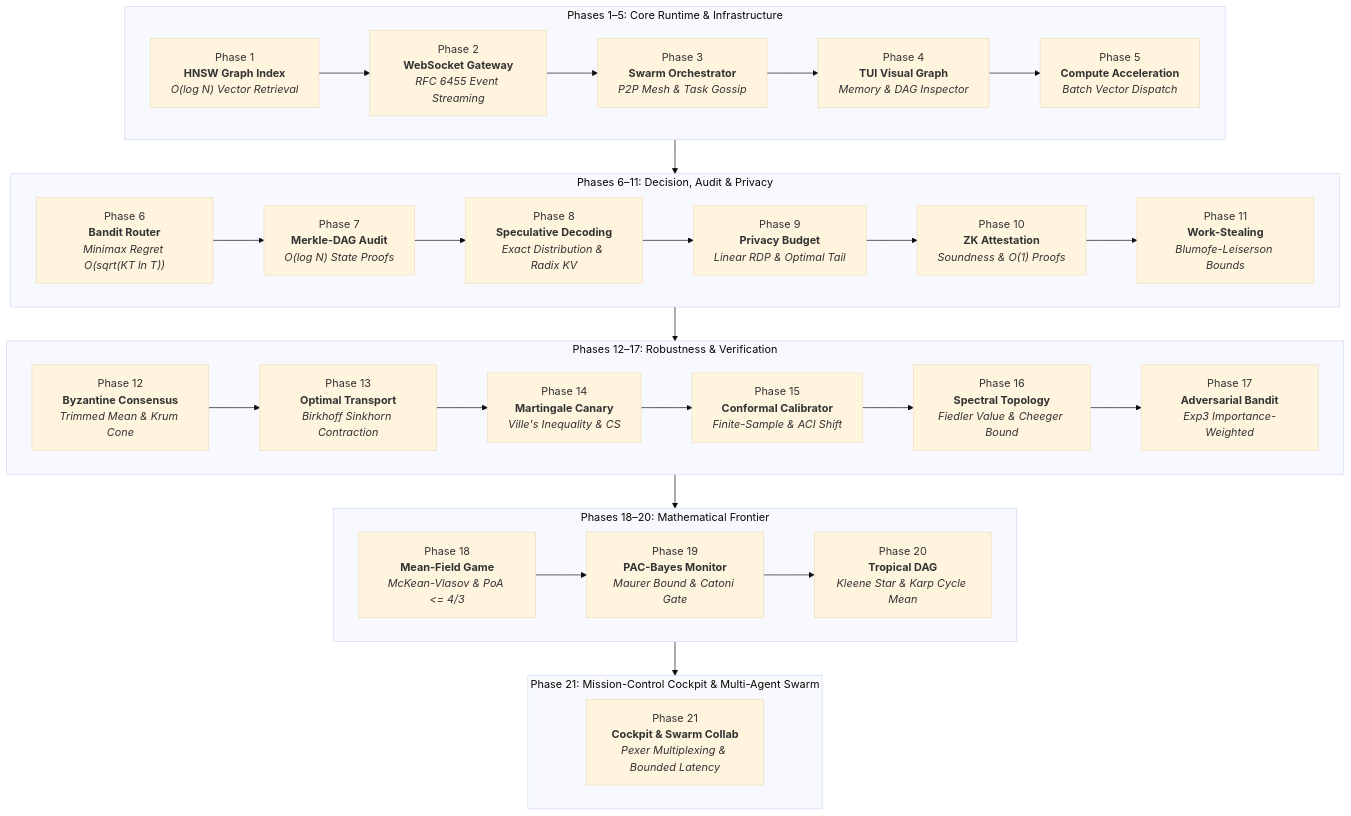
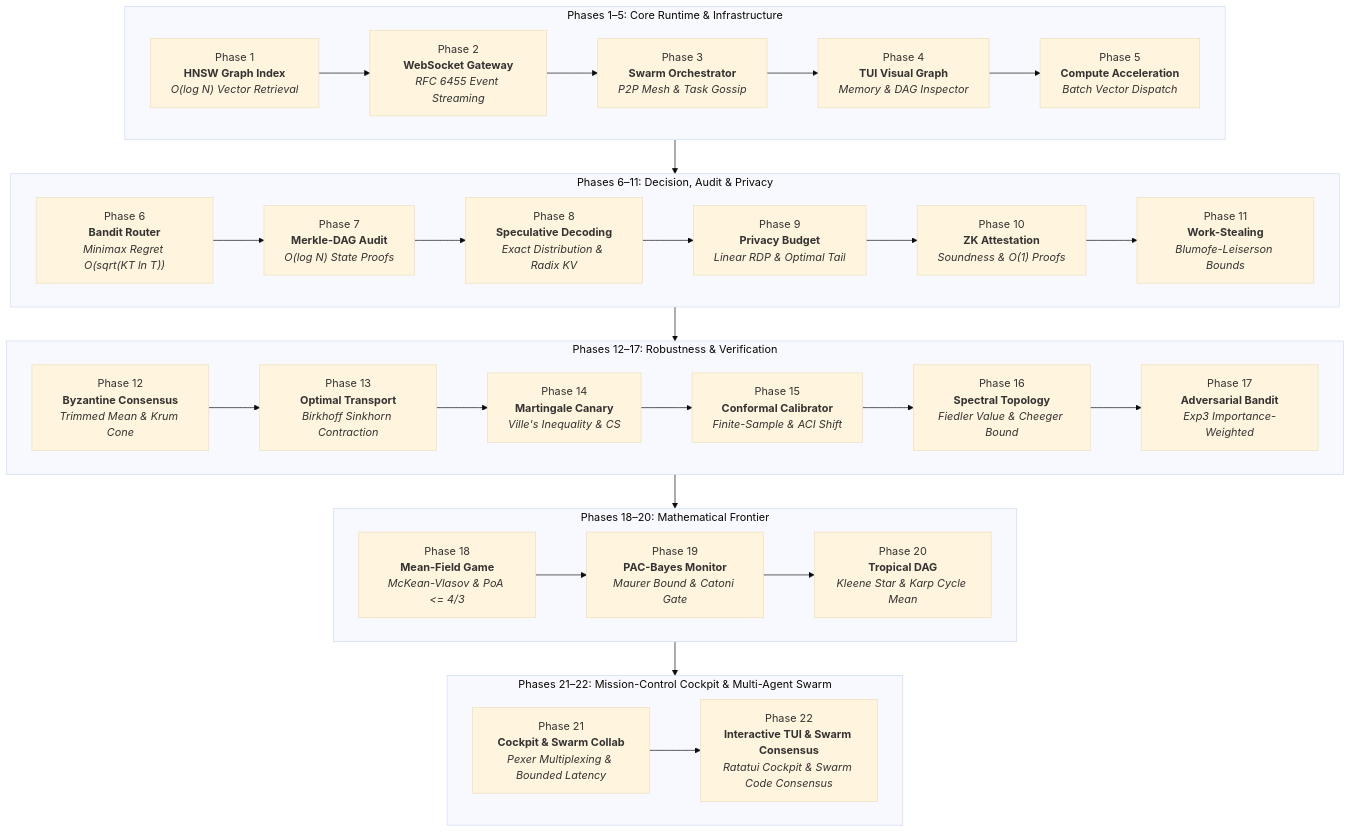
The diagram in docs/math/phased_roadmap_mathematics.md (anisayakmitra-in/AGENT-PANDORA), drawn with Mermaid (base theme) before and after one commit. The commit also changed other lines of this file and 43 other files, not shown here.

Commit message:
release(v3.0.9): Interactive Cockpit TUI, Multi-Agent Byzantine Code Consensus & Pexer IPC Automation

````diff
--- a/docs/math/phased_roadmap_mathematics.md
+++ b/docs/math/phased_roadmap_mathematics.md
@@ -13,44 +13,46 @@
 ```mermaid
 flowchart TD
     subgraph Foundation["Phases 1–5: Core Runtime & Infrastructure"]
         P1["Phase 1<br/><b>HNSW Graph Index</b><br/><i>O(log N) Vector Retrieval</i>"]
         P2["Phase 2<br/><b>WebSocket Gateway</b><br/><i>RFC 6455 Event Streaming</i>"]
         P3["Phase 3<br/><b>Swarm Orchestrator</b><br/><i>P2P Mesh & Task Gossip</i>"]
         P4["Phase 4<br/><b>TUI Visual Graph</b><br/><i>Memory & DAG Inspector</i>"]
         P5["Phase 5<br/><b>Compute Acceleration</b><br/><i>Batch Vector Dispatch</i>"]
         P1 --> P2 --> P3 --> P4 --> P5
     end
 
     subgraph Intelligence["Phases 6–11: Decision, Audit & Privacy"]
         P6["Phase 6<br/><b>Bandit Router</b><br/><i>Minimax Regret O(sqrt(KT ln T))</i>"]
         P7["Phase 7<br/><b>Merkle-DAG Audit</b><br/><i>O(log N) State Proofs</i>"]
         P8["Phase 8<br/><b>Speculative Decoding</b><br/><i>Exact Distribution & Radix KV</i>"]
         P9["Phase 9<br/><b>Privacy Budget</b><br/><i>Linear RDP & Optimal Tail</i>"]
         P10["Phase 10<br/><b>ZK Attestation</b><br/><i>Soundness & O(1) Proofs</i>"]
         P11["Phase 11<br/><b>Work-Stealing</b><br/><i>Blumofe-Leiserson Bounds</i>"]
         P6 --> P7 --> P8 --> P9 --> P10 --> P11
     end
 
     subgraph Assurance["Phases 12–17: Robustness & Verification"]
         P12["Phase 12<br/><b>Byzantine Consensus</b><br/><i>Trimmed Mean & Krum Cone</i>"]
         P13["Phase 13<br/><b>Optimal Transport</b><br/><i>Birkhoff Sinkhorn Contraction</i>"]
         P14["Phase 14<br/><b>Martingale Canary</b><br/><i>Ville's Inequality & CS</i>"]
         P15["Phase 15<br/><b>Conformal Calibrator</b><br/><i>Finite-Sample & ACI Shift</i>"]
         P16["Phase 16<br/><b>Spectral Topology</b><br/><i>Fiedler Value & Cheeger Bound</i>"]
         P17["Phase 17<br/><b>Adversarial Bandit</b><br/><i>Exp3 Importance-Weighted</i>"]
         P12 --> P13 --> P14 --> P15 --> P16 --> P17
     end
 
     subgraph Frontier["Phases 18–20: Mathematical Frontier"]
         P18["Phase 18<br/><b>Mean-Field Game</b><br/><i>McKean-Vlasov & PoA <= 4/3</i>"]
         P19["Phase 19<br/><b>PAC-Bayes Monitor</b><br/><i>Maurer Bound & Catoni Gate</i>"]
         P20["Phase 20<br/><b>Tropical DAG</b><br/><i>Kleene Star & Karp Cycle Mean</i>"]
         P18 --> P19 --> P20
     end
 
-    subgraph CockpitSwarm["Phase 21: Mission-Control Cockpit & Multi-Agent Swarm"]
+    subgraph CockpitSwarm["Phases 21–22: Mission-Control Cockpit & Multi-Agent Swarm"]
         P21["Phase 21<br/><b>Cockpit & Swarm Collab</b><br/><i>Pexer Multiplexing & Bounded Latency</i>"]
+        P22["Phase 22<br/><b>Interactive TUI & Swarm Consensus</b><br/><i>Ratatui Cockpit & Swarm Code Consensus</i>"]
+        P21 --> P22
     end
 
     Foundation --> Intelligence --> Assurance --> Frontier --> CockpitSwarm
 ```
````
